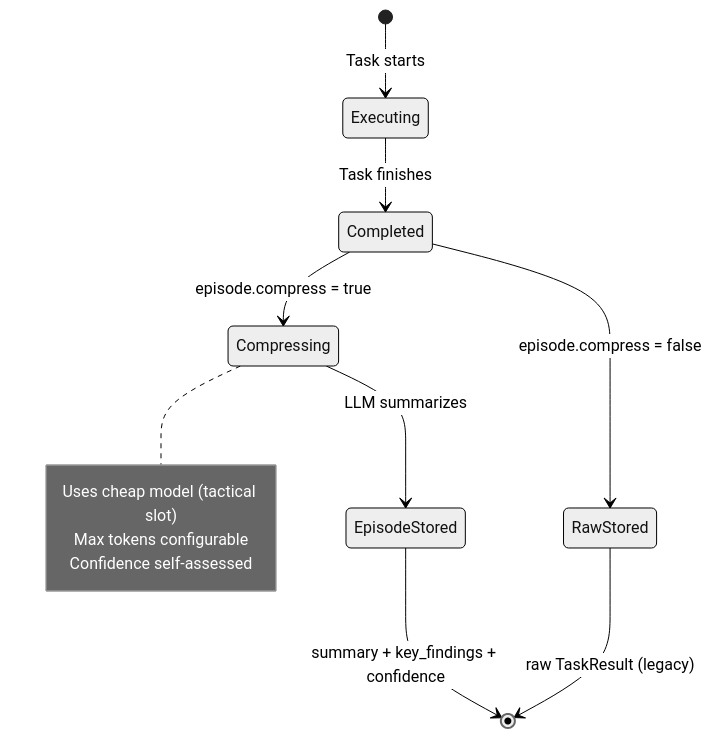
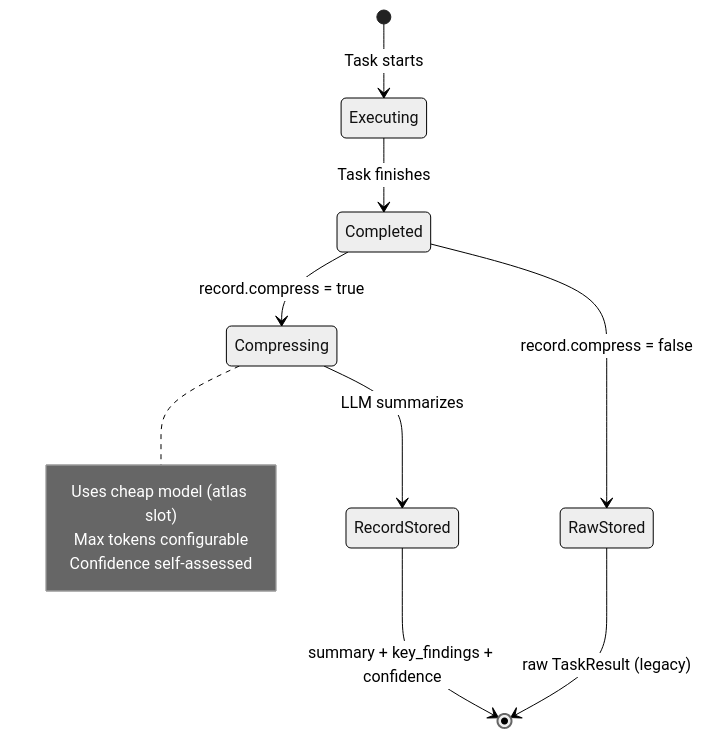
The fourth of 8 diagrams in docs/brainstorm/nika-evolution/05-evolution-roadmap.md (supernovae-st/nika), drawn with Mermaid (neutral theme) before and after one commit. The commit also changed other lines of this file and 12 other files, not shown here.

````diff
--- a/docs/brainstorm/nika-evolution/05-evolution-roadmap.md
+++ b/docs/brainstorm/nika-evolution/05-evolution-roadmap.md
@@ -211,17 +211,17 @@
 ```mermaid
 stateDiagram-v2
     [*] --> Executing: Task starts
     Executing --> Completed: Task finishes
-    Completed --> Compressing: episode.compress = true
-    Compressing --> EpisodeStored: LLM summarizes
-    Completed --> RawStored: episode.compress = false
+    Completed --> Compressing: record.compress = true
+    Compressing --> RecordStored: LLM summarizes
+    Completed --> RawStored: record.compress = false
 
-    EpisodeStored --> [*]: summary + key_findings + confidence
+    RecordStored --> [*]: summary + key_findings + confidence
     RawStored --> [*]: raw TaskResult (legacy)
 
     note right of Compressing
-        Uses cheap model (tactical slot)
+        Uses cheap model (atlas slot)
         Max tokens configurable
         Confidence self-assessed
     end note
 ```
````
